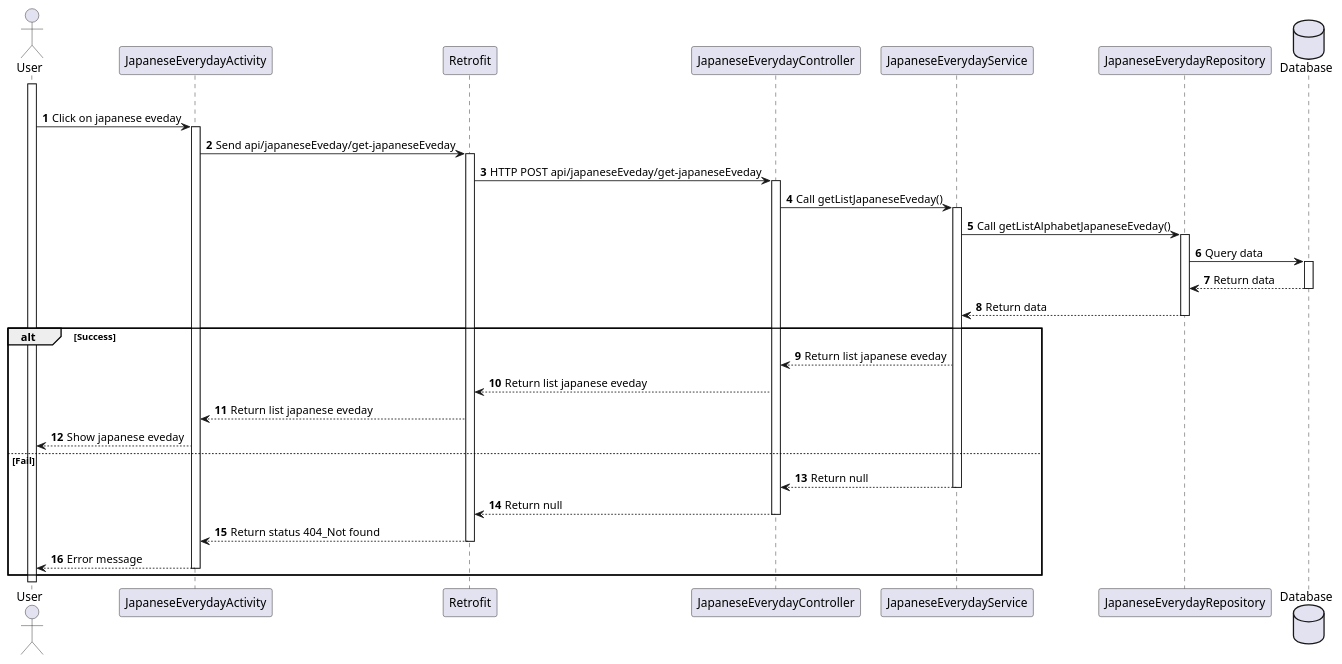
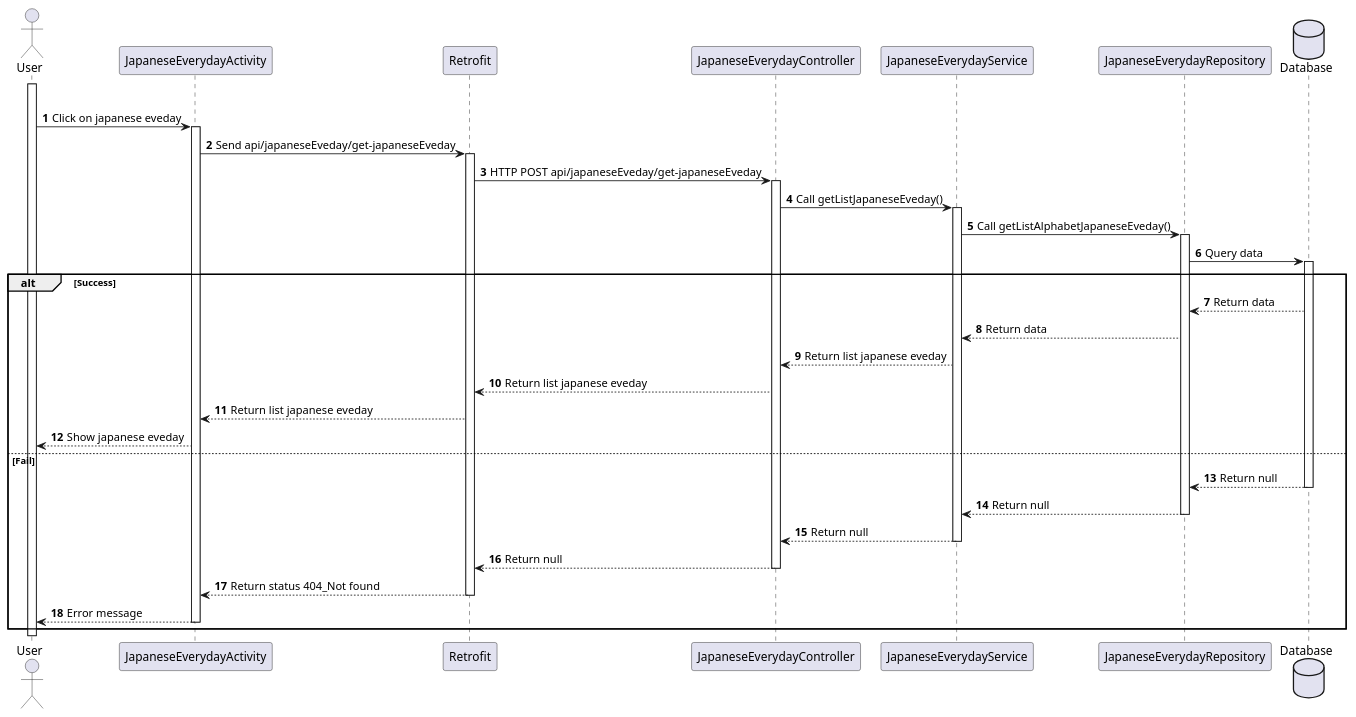
One commit to Annthe160639/japanese-app changed the diagram in japanese-app/plant_uml/[Sequence] View_Japaneveryday.puml. Above: the diagram before and after it, drawn with PlantUML. The commit also changed 13 other files, not shown here.

```diff
--- a/japanese-app/plant_uml/[Sequence] View_Japaneveryday.puml
+++ b/japanese-app/plant_uml/[Sequence] View_Japaneveryday.puml
@@ -1,41 +1,42 @@
 @startuml
 'https://plantuml.com/sequence-diagram
 
 autonumber
 
 actor User
 
 participant "JapaneseEverydayActivity" as JapaneseEveryday
 participant "Retrofit" as Retrofit
 participant "JapaneseEverydayController" as Controller
 participant "JapaneseEverydayService" as Service
 participant "JapaneseEverydayRepository" as Repo
 
 database Database
 activate User
 alt Success
 User -> JapaneseEveryday++: Click on japanese eveday
 JapaneseEveryday -> Retrofit++: Send api/japaneseEveday/get-japaneseEveday
 Retrofit -> Controller++: HTTP POST api/japaneseEveday/get-japaneseEveday
 Controller -> Service++: Call getListJapaneseEveday()
 Service -> Repo++: Call getListAlphabetJapaneseEveday()
 Repo -> Database++: Query data
-Database-->Repo--: Return data
-Repo-->Service--: Return data
 alt Success
+Database-->Repo: Return data
+Repo-->Service: Return data
 
 Service-->Controller: Return list japanese eveday
 Controller-->Retrofit: Return list japanese eveday
 Retrofit --> JapaneseEveryday: Return list japanese eveday
 JapaneseEveryday --> User: Show japanese eveday
 
 else Fail
-
+Database-->Repo--:Return null
+Repo-->Service--:Return null
 Service-->Controller--: Return null
 Controller-->Retrofit--: Return null
 Retrofit --> JapaneseEveryday--: Return status 404_Not found
 JapaneseEveryday --> User--: Error message
 end
 
 
 @enduml
```
